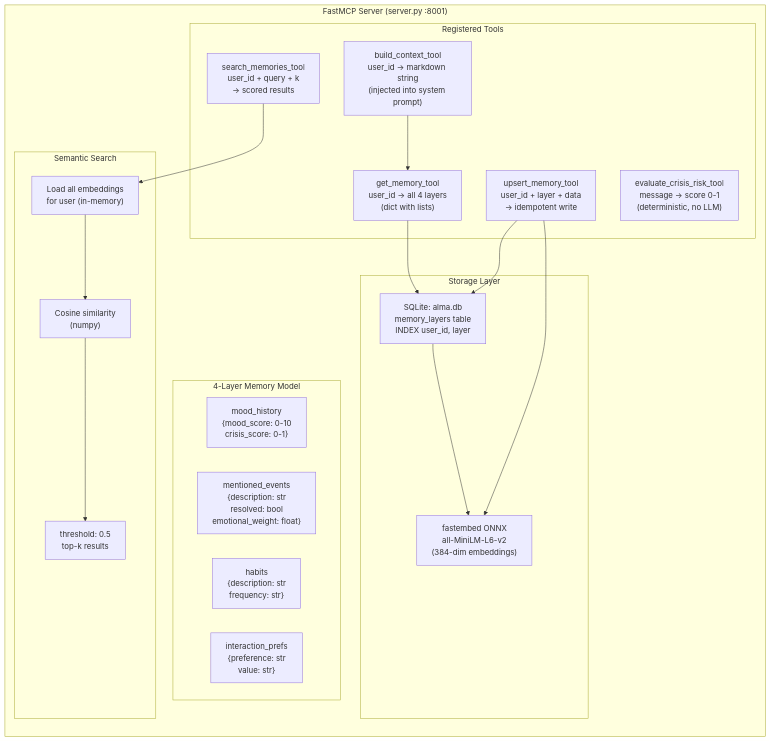
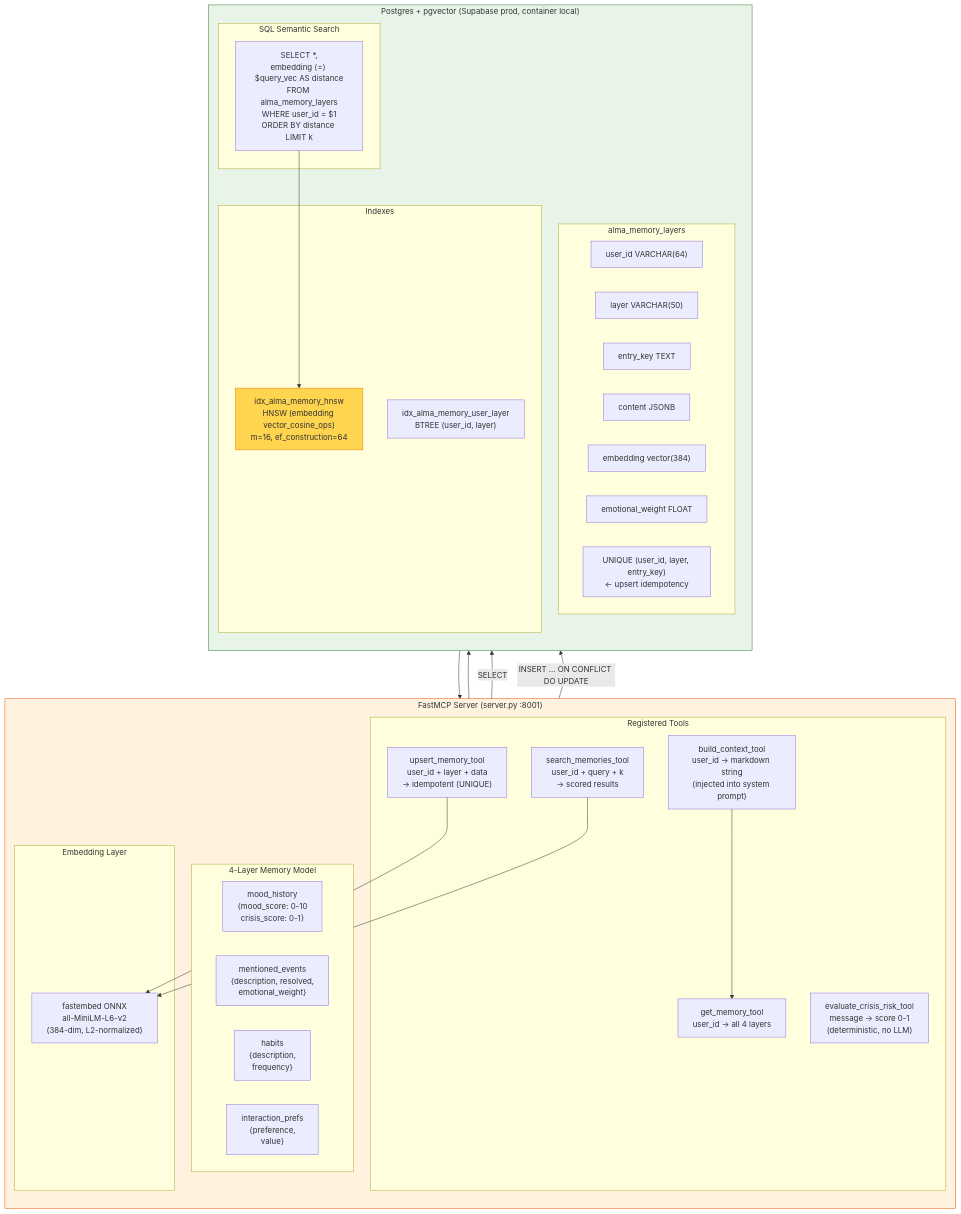
One commit to iDeepBrain/claude-hackathon-alma changed the diagram in diagrams/04-mcp-memory.md. Above: the diagram before and after it, drawn with Mermaid. The commit also changed other lines of this file and 7 other files, not shown here.

First line of the commit message:
docs: refresh for v2.0.0 GCP-deployed architecture

````diff
--- a/diagrams/04-mcp-memory.md
+++ b/diagrams/04-mcp-memory.md
@@ -5,39 +7,62 @@
 ```mermaid
 graph TD
     subgraph MCP["FastMCP Server (server.py :8001)"]
         direction TB
 
         subgraph TOOLS["Registered Tools"]
-            T1["get_memory_tool\nuser_id → all 4 layers\n(dict with lists)"]
-            T2["search_memories_tool\nuser_id + query + k\n→ scored results"]
-            T3["upsert_memory_tool\nuser_id + layer + data\n→ idempotent write"]
-            T4["build_context_tool\nuser_id → markdown string\n(injected into system prompt)"]
-            T5["evaluate_crisis_risk_tool\nmessage → score 0-1\n(deterministic, no LLM)"]
+            T1["get_memory_tool<br>user_id → all 4 layers"]
+            T2["search_memories_tool<br>user_id + query + k<br>→ scored results"]
+            T3["upsert_memory_tool<br>user_id + layer + data<br>→ idempotent (UNIQUE)"]
+            T4["build_context_tool<br>user_id → markdown string<br>(injected into system prompt)"]
+            T5["evaluate_crisis_risk_tool<br>message → score 0-1<br>(deterministic, no LLM)"]
         end
 
         subgraph LAYERS["4-Layer Memory Model"]
             direction LR
-            L1["mood_history\n{mood_score: 0-10\n crisis_score: 0-1}"]
-            L2["mentioned_events\n{description: str\n resolved: bool\n emotional_weight: float}"]
-            L3["habits\n{description: str\n frequency: str}"]
-            L4["interaction_prefs\n{preference: str\n value: str}"]
+            L1["mood_history<br>{mood_score: 0-10<br>crisis_score: 0-1}"]
+            L2["mentioned_events<br>{description, resolved,<br>emotional_weight}"]
+            L3["habits<br>{description,<br>frequency}"]
+            L4["interaction_prefs<br>{preference,<br>value}"]
         end
 
-        subgraph STORAGE["Storage Layer"]
-            DB["SQLite: alma.db\nmemory_layers table\nINDEX user_id, layer"]
-            EMB["fastembed ONNX\nall-MiniLM-L6-v2\n(384-dim embeddings)"]
-        end
-
-        subgraph SEARCH["Semantic Search"]
-            LOAD["Load all embeddings\nfor user (in-memory)"]
-            COS["Cosine similarity\n(numpy)"]
-            FILTER["threshold: 0.5\ntop-k results"]
+        subgraph EMBED["Embedding Layer"]
+            EMB["fastembed ONNX<br>all-MiniLM-L6-v2<br>(384-dim, L2-normalized)"]
         end
     end
 
-    T1 & T3 --> DB
-    T2 --> LOAD --> COS --> FILTER
+    subgraph PG["Postgres + pgvector (Supabase prod, container local)"]
+        direction TB
+
+        subgraph SCHEMA["alma_memory_layers"]
+            COL_USR["user_id VARCHAR(64)"]
+            COL_LAY["layer VARCHAR(50)"]
+            COL_KEY["entry_key TEXT"]
+            COL_CON["content JSONB"]
+            COL_VEC["embedding vector(384)"]
+            COL_W["emotional_weight FLOAT"]
+            UNIQ["UNIQUE (user_id, layer, entry_key)<br>← upsert idempotency"]
+        end
+
+        subgraph IDX["Indexes"]
+            IDX1["idx_alma_memory_user_layer<br>BTREE (user_id, layer)"]
+            IDX2["idx_alma_memory_hnsw<br>HNSW (embedding vector_cosine_ops)<br>m=16, ef_construction=64"]
+        end
+
+        subgraph SEARCH["SQL Semantic Search"]
+            QRY["SELECT *,<br>embedding ⟨=⟩ $query_vec AS distance<br>FROM alma_memory_layers<br>WHERE user_id = $1<br>ORDER BY distance LIMIT k"]
+        end
+    end
+
+    T1 -->|"SELECT"| SCHEMA
+    T3 -->|"INSERT ... ON CONFLICT DO UPDATE"| SCHEMA
     T3 --> EMB
+    T2 --> EMB
+    T2 --> QRY
+    QRY --> IDX2
     T4 --> T1
-    DB --> EMB
+    SCHEMA --> EMB
+
+    style MCP fill:#fff3e0,stroke:#e65100
+    style PG fill:#e8f4e8,stroke:#2d7a2d
+    style IDX2 fill:#ffd54f,stroke:#f57c00
 ```
````
